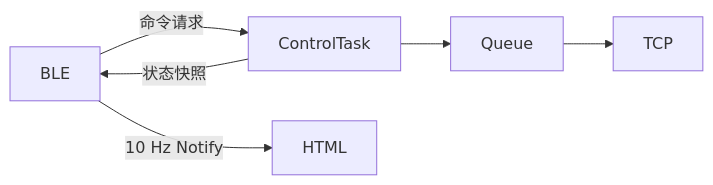
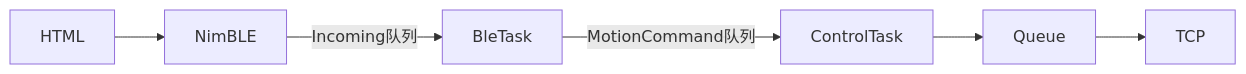
One commit to welldone987/FOC_ESPIDF_balance_vehicle changed the fourth of 5 diagrams in docs/ADR-docs/architecture-decisions.md. Above: the diagram before and after it, drawn with Mermaid. The commit also changed other lines of this file and 32 other files, not shown here.

Commit message:
feat(ble): isolate motion task and simplify remote control

````diff
--- a/docs/ADR-docs/architecture-decisions.md
+++ b/docs/ADR-docs/architecture-decisions.md
@@ -263,8 +264,8 @@
 ```mermaid
 flowchart LR
-    BLE -->|"命令请求"| ControlTask
-    ControlTask -->|"状态快照"| BLE
-    BLE -->|"10 Hz Notify"| HTML
+    HTML --> NimBLE
+    NimBLE -->|Incoming队列| BleTask
+    BleTask -->|MotionCommand队列| ControlTask
     ControlTask --> Queue
     Queue --> TCP
 ```
````
